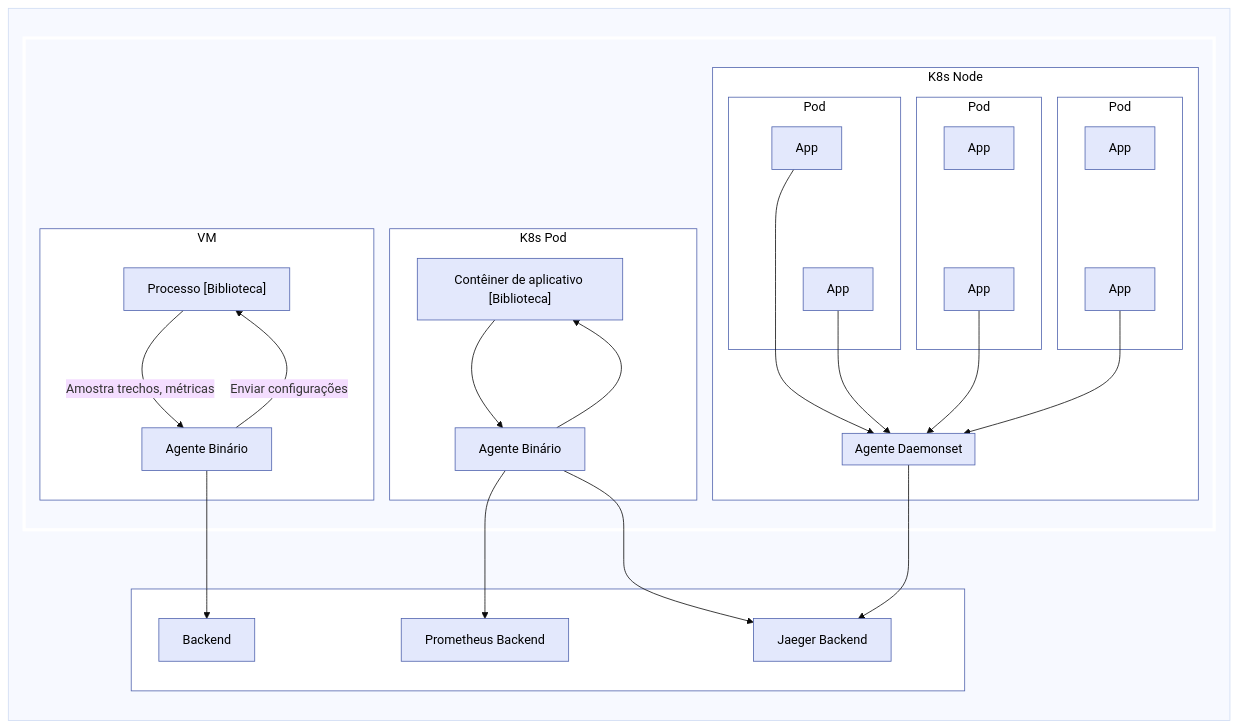
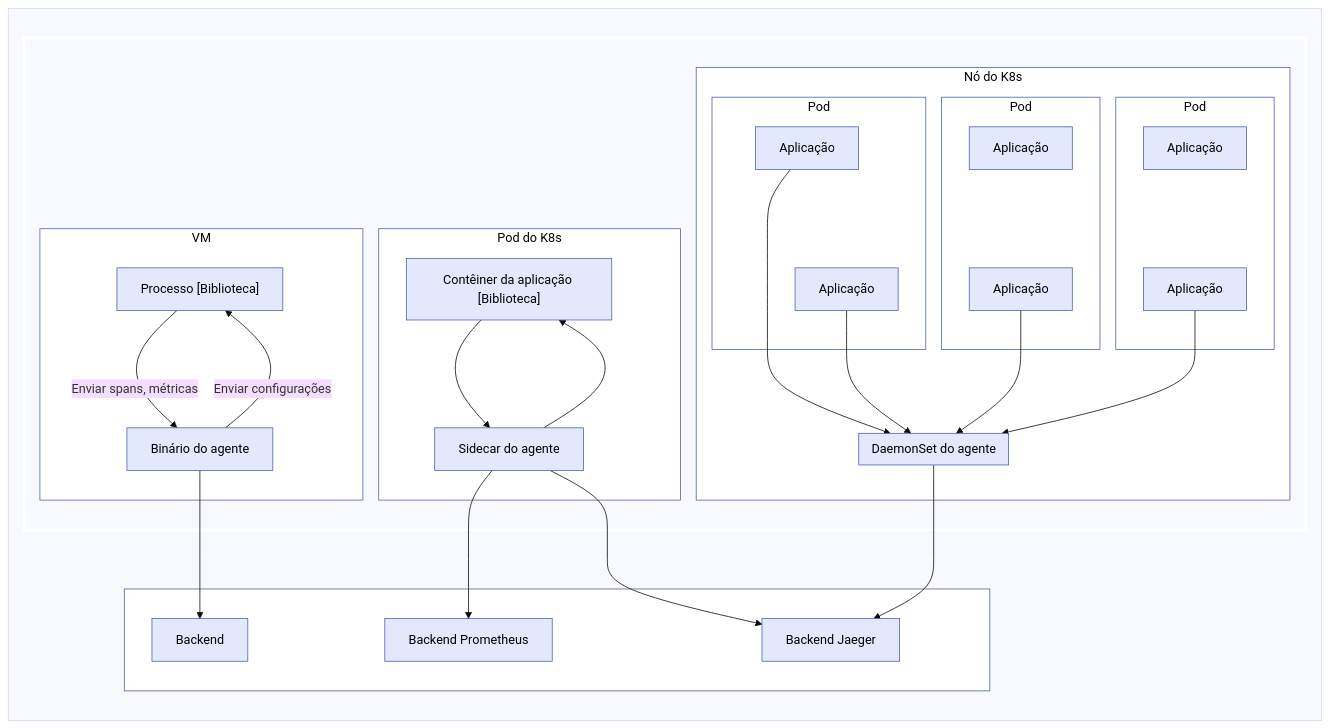
Before and after one commit to open-telemetry/opentelemetry.io: the sixth of 7 diagrams in content/pt/docs/collector/architecture.md, drawn with Mermaid (base theme). The commit also changed other lines of this file, not shown here.

Commit message:
docs(pt): localize Collector architecture

````diff
--- a/content/pt/docs/collector/architecture.md
+++ b/content/pt/docs/collector/architecture.md
@@ -304,45 +304,45 @@
 ```mermaid
 flowchart LR
   subgraph S1 ["#nbsp;"]
       subgraph S2 ["#nbsp;"]
         subgraph VM [VM]
-            PR["Processo [Biblioteca]"] -->|Amostra trechos, métricas| AB[Agente Binário]
+            PR["Processo [Biblioteca]"] -->|Enviar spans, métricas| AB[Binário do agente]
             AB -->|Enviar configurações| PR
         end
-        subgraph K8s-pod [K8s Pod]
-            AC["`Contêiner de aplicativo [Biblioteca]`"] --> AS[Agente Binário]
+        subgraph K8s-pod [Pod do K8s]
+            AC["Contêiner da aplicação [Biblioteca]"] --> AS[Sidecar do agente]
             AS --> AC
         end
-        subgraph K8s-node [K8s Node]
+        subgraph K8s-node [Nó do K8s]
             subgraph Pod1 [Pod]
-                APP1[App] ~~~ APP2[App]
+                APP1[Aplicação] ~~~ APP2[Aplicação]
             end
             subgraph Pod2 [Pod]
-                APP3[App] ~~~ APP4[App]
+                APP3[Aplicação] ~~~ APP4[Aplicação]
             end
             subgraph Pod3 [Pod]
-                APP5[App] ~~~ APP6[App]
+                APP5[Aplicação] ~~~ APP6[Aplicação]
             end
-            subgraph AD [Agente Daemonset]
+            subgraph AD [DaemonSet do agente]
             end
             APP1 --> AD
             APP2 --> AD
             APP4 --> AD
             APP6 --> AD
         end
       end
       subgraph Backends ["#nbsp;"]
           AB --> BE[Backend]
-          AS --> PRM[Prometheus Backend]
-          AS --> JA[Jaeger Backend]
+          AS --> PRM[Backend Prometheus]
+          AS --> JA[Backend Jaeger]
           AD --> JA
       end
   end
 
 class S2 noLines;
 class VM,K8s-pod,K8s-node,Pod1,Pod2,Pod3,Backends withLines;
 class PR,AB,AC,AS,APP1,APP2,APP3,APP4,APP5,APP6,AD,BE,PRM,JA nodeStyle
 classDef noLines stroke:#fff,stroke-width:4px,color:#000000;
 classDef withLines fill:#fff,stroke:#4f62ad,color:#000000;
 classDef nodeStyle fill:#e3e8fc,stroke:#4f62ad,color:#000000;
 ```
````
